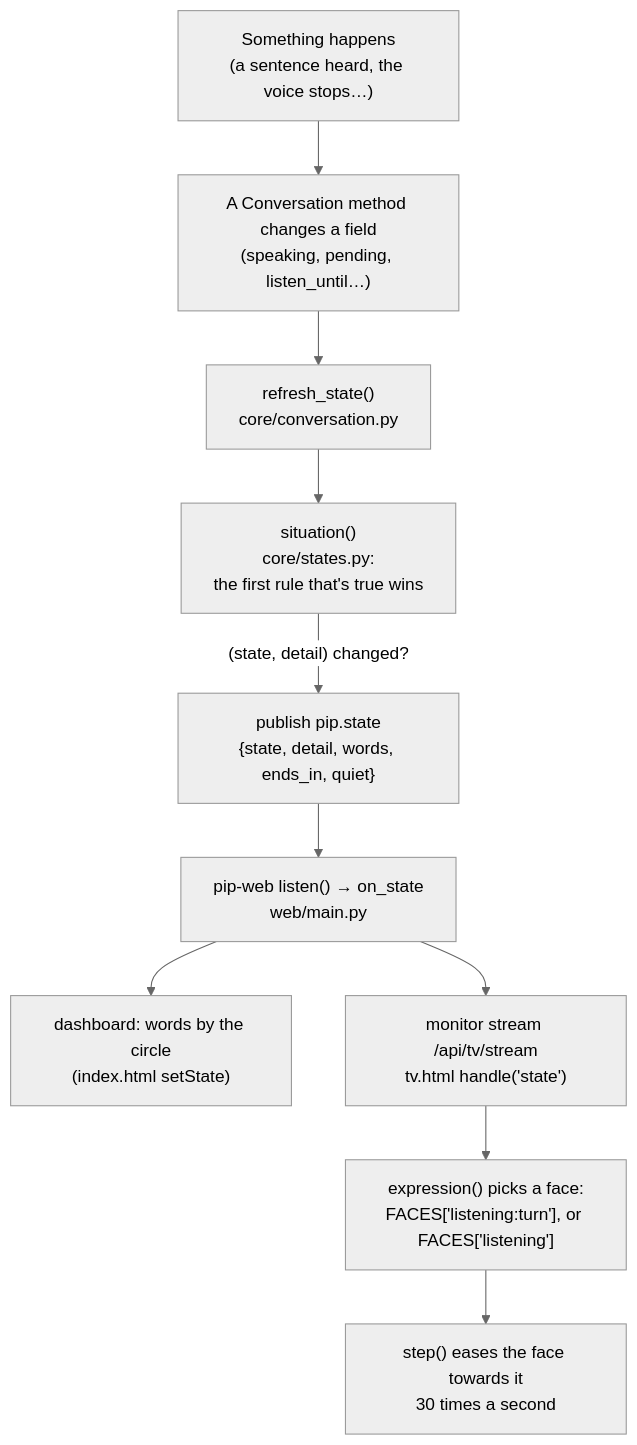
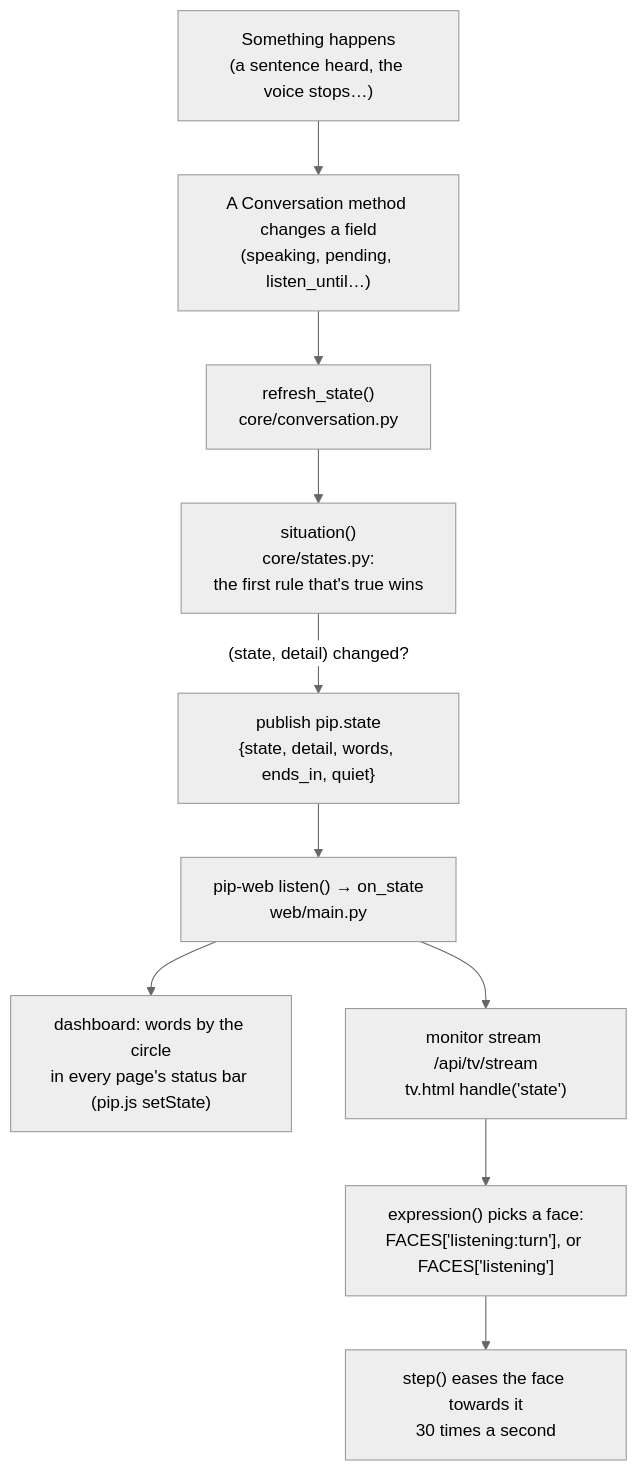
The second of 3 diagrams in docs/HOW-PIP-WORKS.md (LandenHeine17/pip), drawn with Mermaid (neutral theme) before and after one commit. The commit also changed other lines of this file and 66 other files, not shown here.

First line of the commit message:
The dashboard redesigned: one menu on every page, an Overview, and a page for everything (D-148)

````diff
--- a/docs/HOW-PIP-WORKS.md
+++ b/docs/HOW-PIP-WORKS.md
@@ -129,12 +129,12 @@
 ```mermaid
 flowchart TD
   ev["Something happens<br/>(a sentence heard, the voice stops…)"] --> h["A Conversation method changes a field<br/>(speaking, pending, listen_until…)"]
   h --> r["refresh_state()<br/>core/conversation.py"]
   r --> s["situation()<br/>core/states.py:<br/>the first rule that's true wins"]
   s -->|"(state, detail) changed?"| p["publish pip.state<br/>{state, detail, words, ends_in, quiet}"]
   p --> w["pip-web listen() → on_state<br/>web/main.py"]
-  w --> d["dashboard: words by the circle<br/>(index.html setState)"]
+  w --> d["dashboard: words by the circle<br/>in every page's status bar (pip.js setState)"]
   w --> tv["monitor stream /api/tv/stream<br/>tv.html handle('state')"]
   tv --> e["expression() picks a face:<br/>FACES['listening:turn'], or FACES['listening']"]
   e --> a["step() eases the face towards it<br/>30 times a second"]
 ```
````
